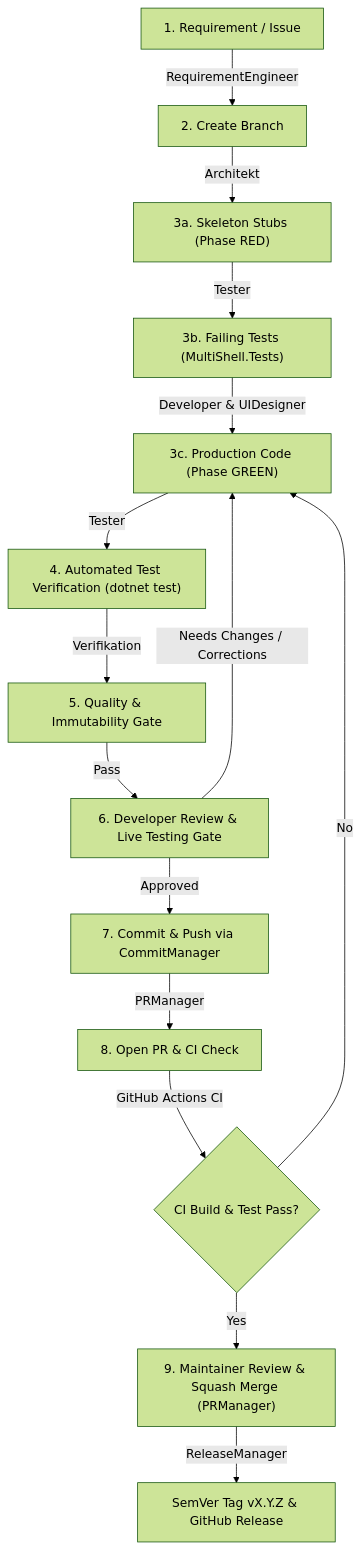
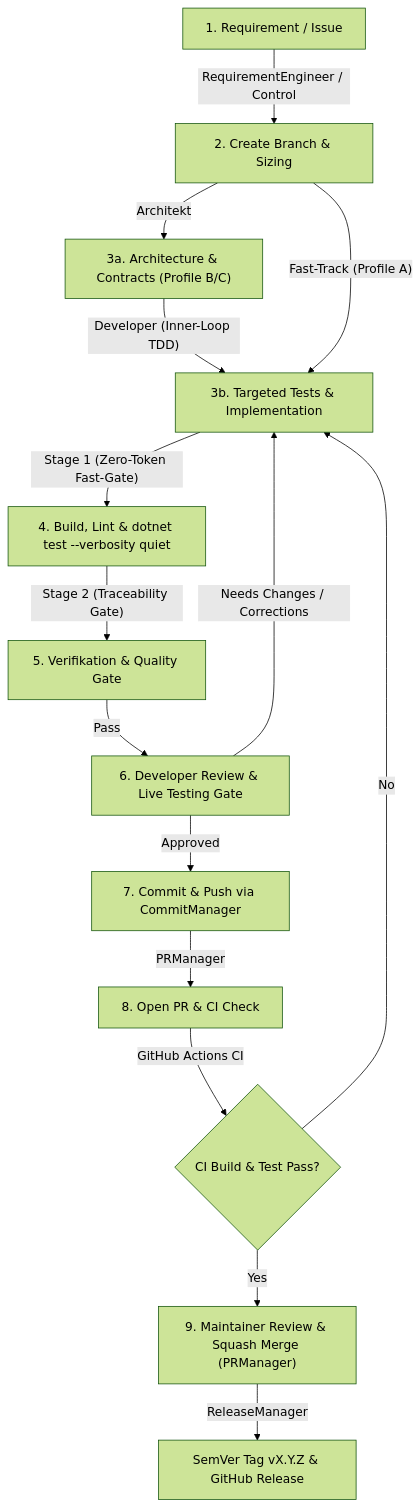
The diagram in CONTRIBUTING.md (histore/multishell), drawn with Mermaid (forest theme) before and after one commit. The commit also changed other lines of this file and 5 other files, not shown here.

````diff
--- a/CONTRIBUTING.md
+++ b/CONTRIBUTING.md
@@ -49,17 +49,17 @@
 ```mermaid
 flowchart TD
-    A["1. Requirement / Issue"] -->|"RequirementEngineer"| B["2. Create Branch"]
-    B -->|"Architekt"| C1["3a. Skeleton Stubs (Phase RED)"]
-    C1 -->|"Tester"| C2["3b. Failing Tests (MultiShell.Tests)"]
-    C2 -->|"Developer & UIDesigner"| C3["3c. Production Code (Phase GREEN)"]
-    C3 -->|"Tester"| D["4. Automated Test Verification (dotnet test)"]
-    D -->|"Verifikation"| E["5. Quality & Immutability Gate"]
+    A["1. Requirement / Issue"] -->|"RequirementEngineer / Control"| B["2. Create Branch & Sizing"]
+    B -->|"Architekt"| C1["3a. Architecture & Contracts (Profile B/C)"]
+    C1 -->|"Developer (Inner-Loop TDD)"| C2["3b. Targeted Tests & Implementation"]
+    B -->|"Fast-Track (Profile A)"| C2
+    C2 -->|"Stage 1 (Zero-Token Fast-Gate)"| D["4. Build, Lint & dotnet test --verbosity quiet"]
+    D -->|"Stage 2 (Traceability Gate)"| E["5. Verifikation & Quality Gate"]
     E -->|"Pass"| F["6. Developer Review & Live Testing Gate"]
-    F -->|"Needs Changes / Corrections"| C3
+    F -->|"Needs Changes / Corrections"| C2
     F -->|"Approved"| G["7. Commit & Push via CommitManager"]
     G -->|"PRManager"| H["8. Open PR & CI Check"]
     H -->|"GitHub Actions CI"| I{"CI Build & Test Pass?"}
-    I -->|"No"| C3
+    I -->|"No"| C2
     I -->|"Yes"| J["9. Maintainer Review & Squash Merge (PRManager)"]
     J -->|"ReleaseManager"| K["SemVer Tag vX.Y.Z & GitHub Release"]
 ```
````
